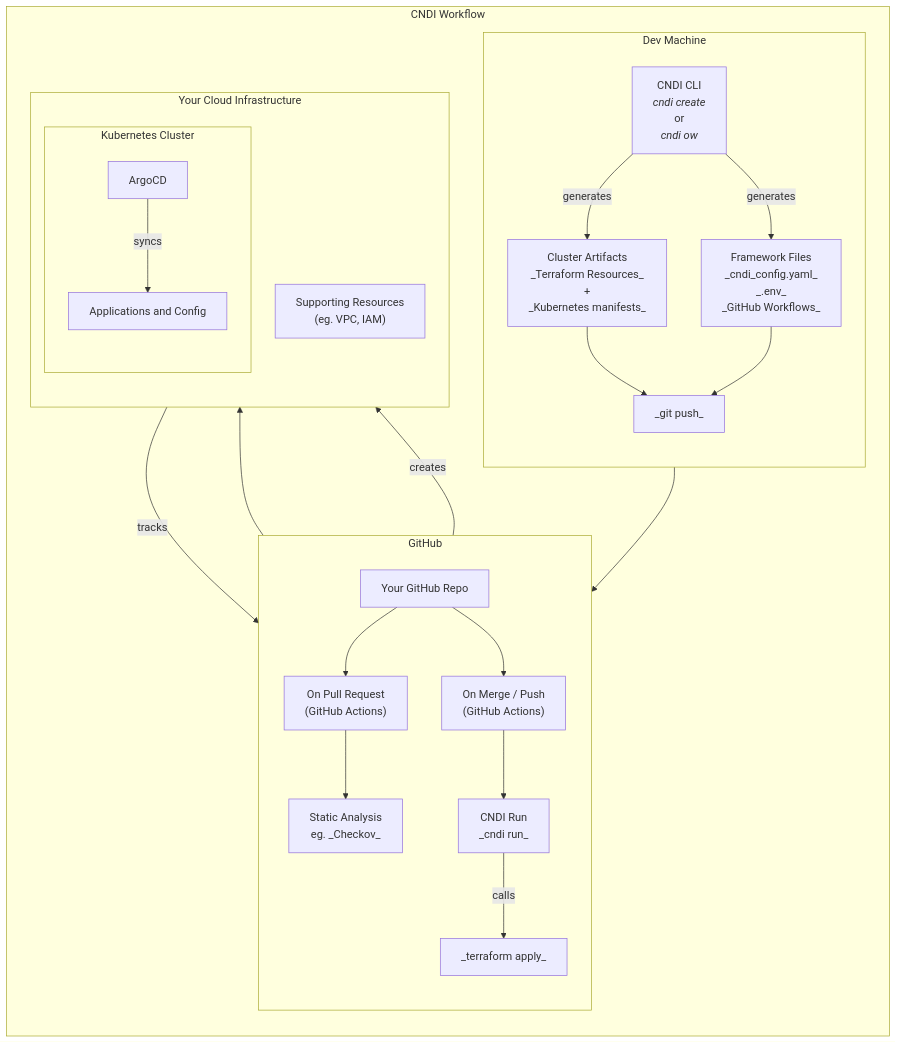
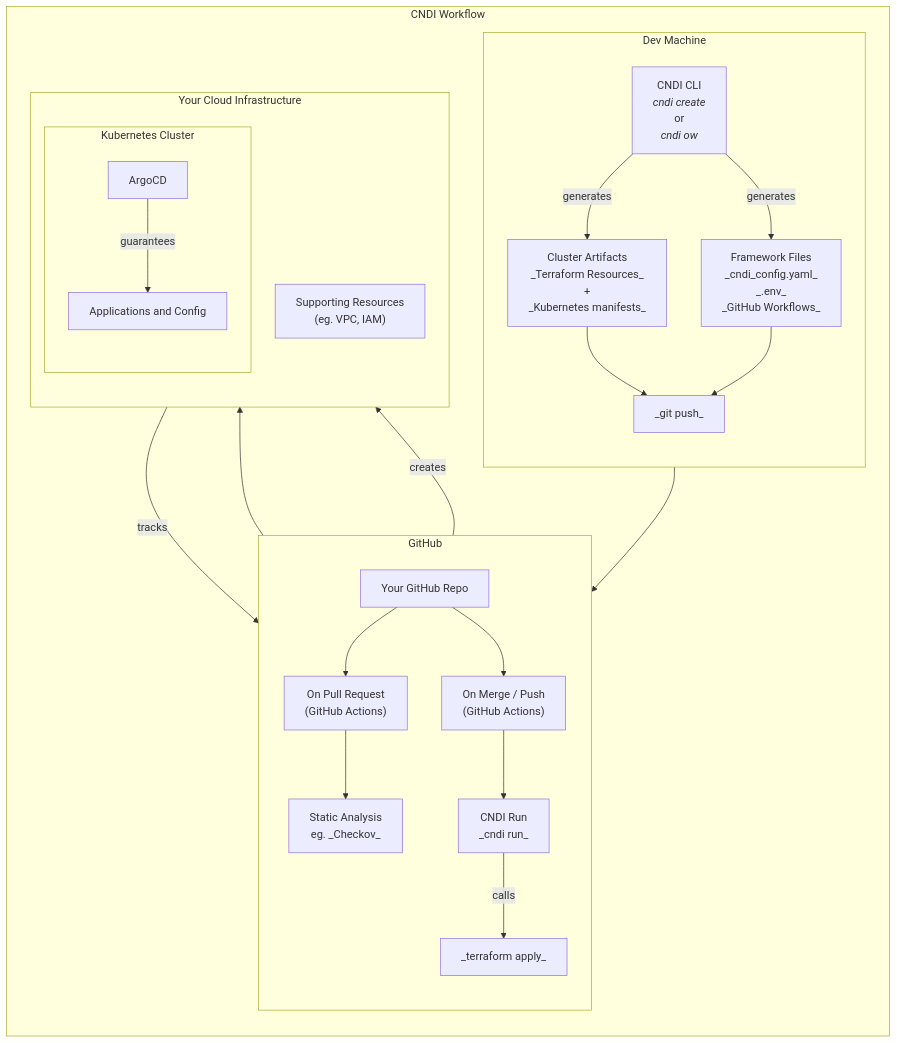
One commit to polyseam/platform-engineering changed the diagram in docs/cndi/README.md. Above: the diagram before and after it, drawn with Mermaid.

Commit message:
docs: argo label tweak

````diff
--- a/docs/cndi/README.md
+++ b/docs/cndi/README.md
@@ -84,40 +84,40 @@
 ```mermaid
 flowchart TD
   subgraph Workflow["CNDI Workflow"]
     direction TB
 
     subgraph Workstation["Dev Machine"]
       direction TB
       A["`CNDI CLI<br/> _cndi create_ <br/> or <br/>_cndi ow_`"] -->|generates| D
       A --> |generates| B
 
       B["Framework Files<br/>_cndi_config.yaml_<br/> _.env_<br/>_GitHub Workflows_"]
 
       D["Cluster Artifacts<br/>_Terraform Resources_<br/>+<br/>_Kubernetes manifests_"]
       D --> F["_git push_"]
       B --> F
     end
 
     subgraph GitHub["GitHub"]
       direction TB
       F --> C["Your GitHub Repo"]
       C --> E["On Pull Request<br/>(GitHub Actions)"]
       C --> K["On Merge / Push<br/>(GitHub Actions)"]
       E --> L["Static Analysis<br/>eg. _Checkov_<br/>"]
       K --> M["CNDI Run<br/>_cndi run_"]
       M --> |calls| Q["_terraform apply_"]
     end
 
    subgraph Cloud["Your Cloud Infrastructure"]
       direction TB
       Q --> N["`Supporting Resources<br/> (eg. VPC, IAM)`"]
 
       subgraph Cluster["Kubernetes Cluster"]
         R["Applications and Config"]
         Q --> |creates| P["ArgoCD"]
-        P --> |syncs| R
+        P --> |guarantees| R
         P --> |tracks| C
       end
     end
   end
 ```
````
